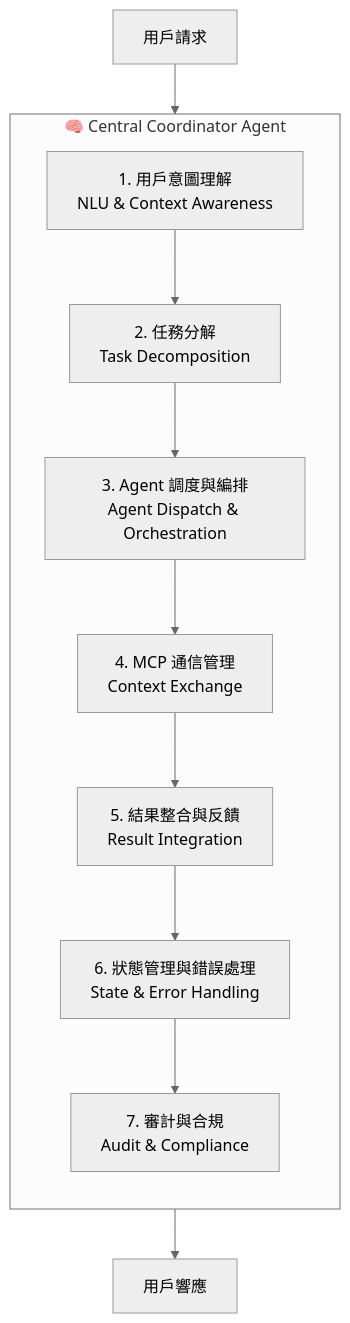
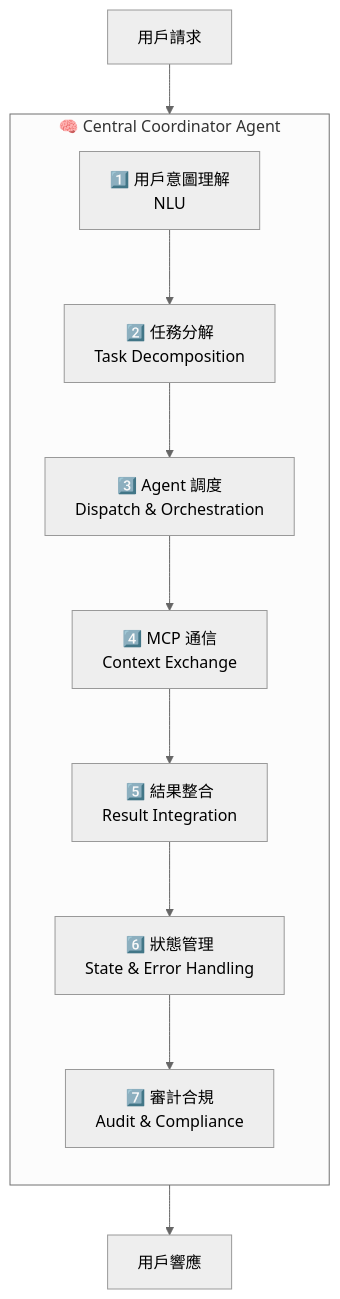
The second of 7 diagrams in book/chapter-02.md (ponian/aiebok), drawn with Mermaid (neutral theme) before and after one commit.

Commit message:
修正 2.2.2 CCA 七大職責圖：縮短節點標籤防止截斷

````diff
--- a/book/chapter-02.md
+++ b/book/chapter-02.md
@@ -258,23 +258,23 @@
 ```mermaid
 graph TB
     subgraph CCA["🧠 Central Coordinator Agent"]
         direction TB
-        NLU[1. 用戶意圖理解<br/>NLU & Context Awareness]
-        Planner[2. 任務分解<br/>Task Decomposition]
-        Orchestrator[3. Agent 調度與編排<br/>Agent Dispatch & Orchestration]
-        MCPClient[4. MCP 通信管理<br/>Context Exchange]
-        Integrator[5. 結果整合與反饋<br/>Result Integration]
-        StateMgr[6. 狀態管理與錯誤處理<br/>State & Error Handling]
-        Audit[7. 審計與合規<br/>Audit & Compliance]
+        NLU["1️⃣ 用戶意圖理解<br/>NLU"]
+        Planner["2️⃣ 任務分解<br/>Task Decomposition"]
+        Orchestrator["3️⃣ Agent 調度<br/>Dispatch & Orchestration"]
+        MCPClient["4️⃣ MCP 通信<br/>Context Exchange"]
+        Integrator["5️⃣ 結果整合<br/>Result Integration"]
+        StateMgr["6️⃣ 狀態管理<br/>State & Error Handling"]
+        Audit["7️⃣ 審計合規<br/>Audit & Compliance"]
 
         NLU --> Planner
         Planner --> Orchestrator
         Orchestrator --> MCPClient
         MCPClient --> Integrator
         Integrator --> StateMgr
         StateMgr --> Audit
     end
 
-    UserRequest[用戶請求] --> NLU
-    Audit --> UserResponse[用戶響應]
+    UserRequest["用戶請求"] --> NLU
+    Audit --> UserResponse["用戶響應"]
 ```
````
